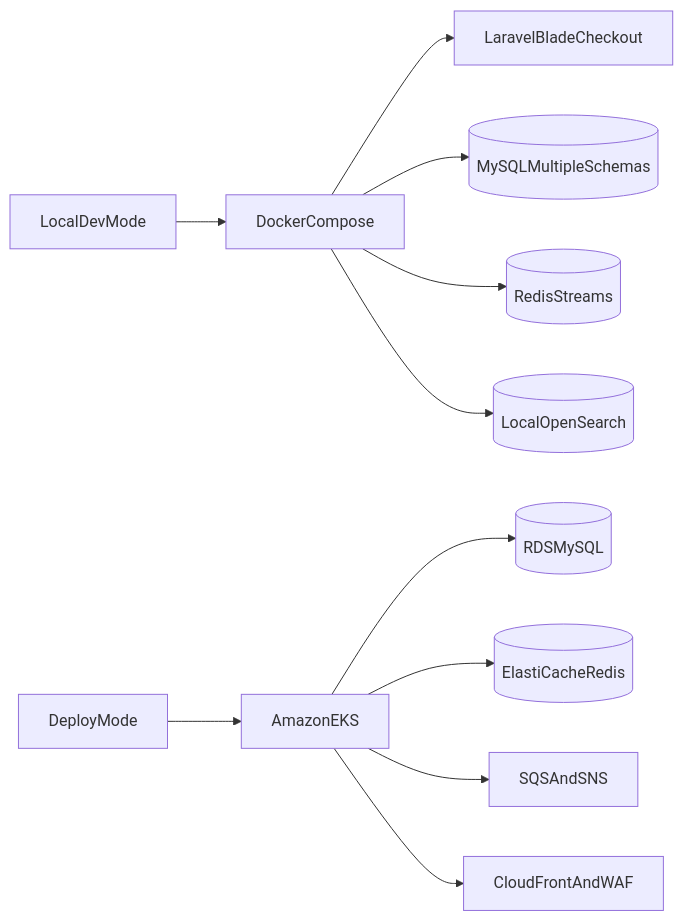
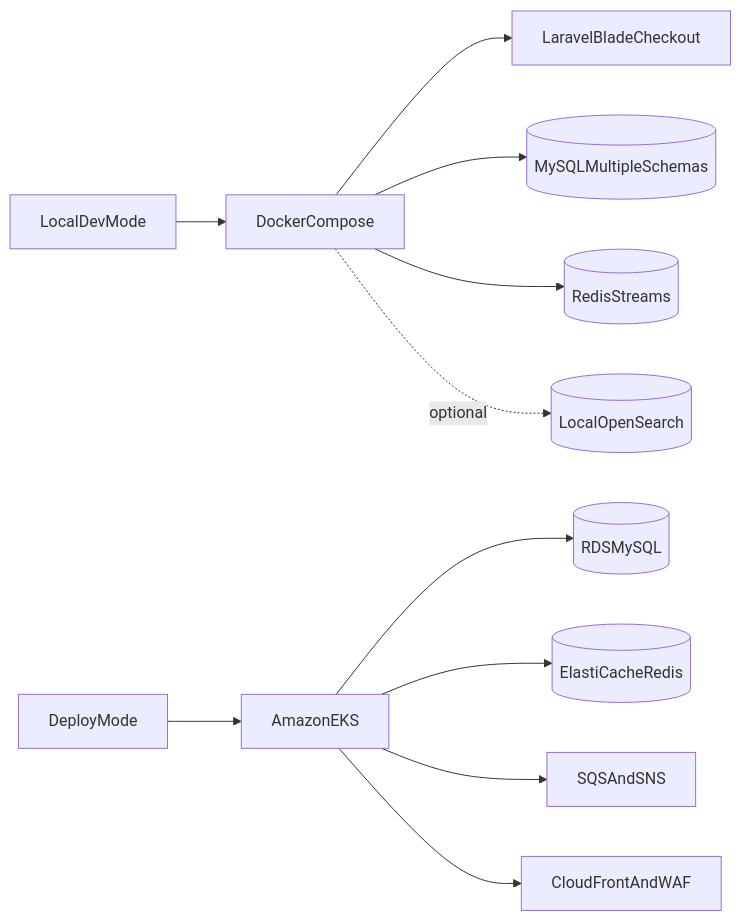
The first of 2 diagrams in docs/design/checkout-mvp-architecture-design.md (ankit-singhal87/checkout-orchestration-service), drawn with Mermaid before and after one commit. The commit also changed other lines of this file and 14 other files, not shown here.

````diff
--- a/docs/design/checkout-mvp-architecture-design.md
+++ b/docs/design/checkout-mvp-architecture-design.md
@@ -63,13 +63,13 @@
 ```mermaid
 flowchart LR
   DevMode[LocalDevMode] --> DockerCompose[DockerCompose]
   DockerCompose --> LaravelBlade[LaravelBladeCheckout]
   DockerCompose --> LocalMySQL[(MySQLMultipleSchemas)]
   DockerCompose --> RedisStreams[(RedisStreams)]
-  DockerCompose --> LocalSearch[(LocalOpenSearch)]
+  DockerCompose -. optional .-> LocalSearch[(LocalOpenSearch)]
   DeployMode[DeployMode] --> EKS[AmazonEKS]
   EKS --> RDS[(RDSMySQL)]
   EKS --> ElastiCache[(ElastiCacheRedis)]
   EKS --> SQS[SQSAndSNS]
   EKS --> CloudFront[CloudFrontAndWAF]
 ```
````
